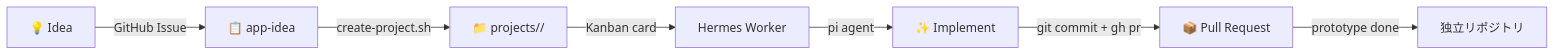
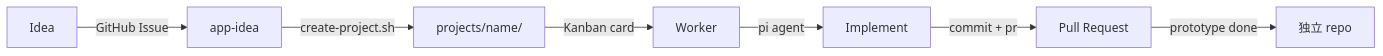
One commit to dohzoh/hermes-integrations changed the second of 2 diagrams in README.md. Above: the diagram before and after it, drawn with Mermaid. The commit also changed other lines of this file, not shown here.

Commit message:
Fix Mermaid syntax for GitHub compatibility
Remove emojis, angle brackets, double quotes from flowchart nodes/edges

````diff
--- a/README.md
+++ b/README.md
@@ -36,9 +36,9 @@
 ```mermaid
 flowchart LR
-  A[💡 Idea] -->|GitHub Issue| B[📋 app-idea]
-  B -->|create-project.sh| C[📁 projects/<name>/]
-  C -->|Kanban card| D[Hermes Worker]
-  D -->|pi agent| E[✨ Implement]
-  E -->|git commit + gh pr| F[📦 Pull Request]
-  F -->|prototype done| G[独立リポジトリ]
+  A[Idea] -->|GitHub Issue| B[app-idea]
+  B -->|create-project.sh| C[projects/name/]
+  C -->|Kanban card| D[Worker]
+  D -->|pi agent| E[Implement]
+  E -->|commit + pr| F[Pull Request]
+  F -->|prototype done| G[独立 repo]
 ```
````
